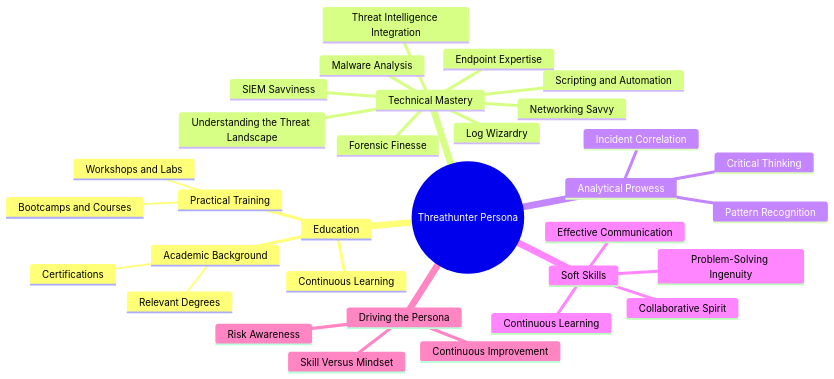
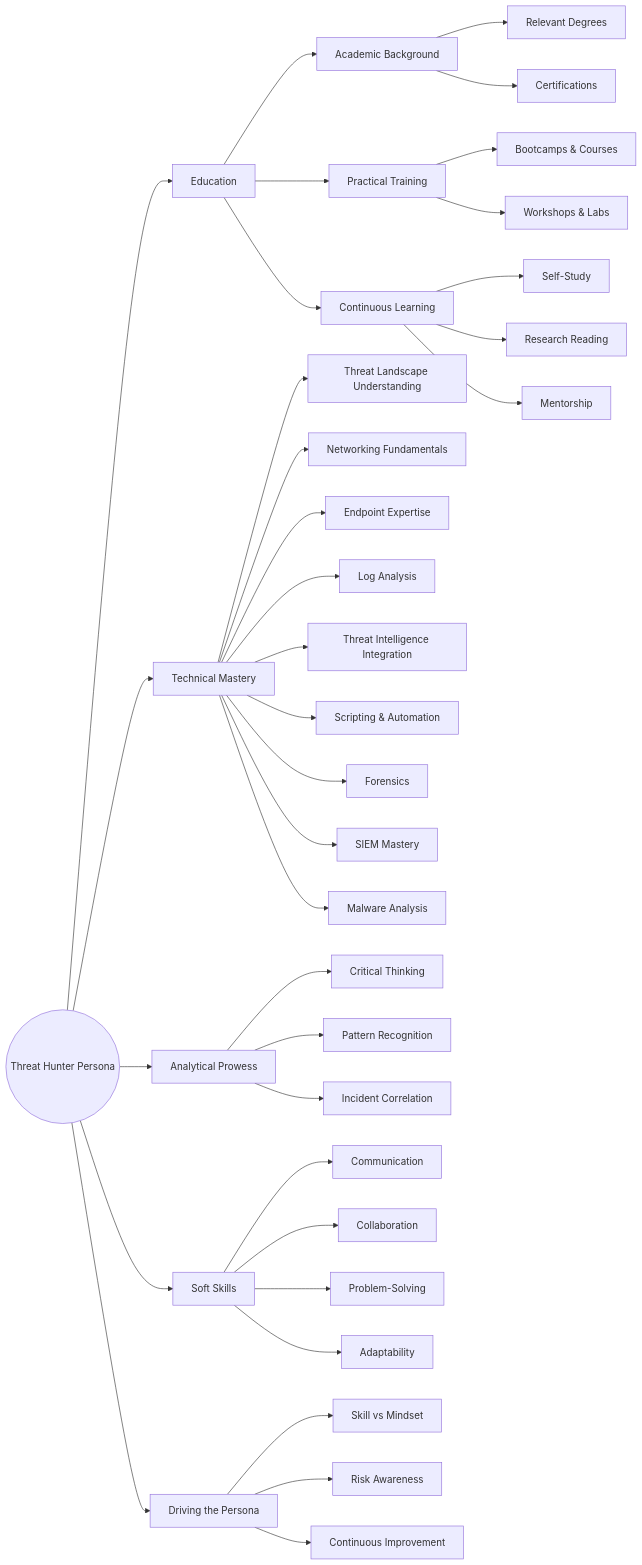
One commit to rjohnsen/threathunting-book changed the first of 4 diagrams in content/part-1/introduction/the-threathunter-persona.md. Above: the diagram before and after it, drawn with Mermaid. The commit also changed other lines of this file and 2 other files, not shown here.

Commit message:
Converting Mermaid mindmaps to other diagrams to improve readability

````diff
--- a/content/part-1/introduction/the-threathunter-persona.md
+++ b/content/part-1/introduction/the-threathunter-persona.md
@@ -29,35 +29,50 @@
 ```mermaid
-mindmap
-  root((Threathunter Persona))
-    Education
-      Academic Background
-        Relevant Degrees
-        Certifications
-      Practical Training
-        Bootcamps and Courses
-        Workshops and Labs
-      Continuous Learning
-    Technical Mastery
-      Understanding the Threat Landscape
-      Networking Savvy
-      Endpoint Expertise
-      Log Wizardry
-      Threat Intelligence Integration
-      Scripting and Automation
-      Forensic Finesse
-      SIEM Savviness
-      Malware Analysis
-    Analytical Prowess
-      Critical Thinking
-      Pattern Recognition
-      Incident Correlation
-    Soft Skills
-      Effective Communication
-      Collaborative Spirit
-      Continuous Learning
-      Problem-Solving Ingenuity
-    Driving the Persona
-      Skill Versus Mindset
-      Risk Awareness
-      Continuous Improvement
+flowchart LR
+  A((Threat Hunter Persona))
+
+  %% Main branches
+  A --> B[Education]
+  A --> C[Technical Mastery]
+  A --> D[Analytical Prowess]
+  A --> E[Soft Skills]
+  A --> F[Driving the Persona]
+
+  %% Education branch
+  B --> B1[Academic Background]
+  B1 --> B1a[Relevant Degrees]
+  B1 --> B1b[Certifications]
+  B --> B2[Practical Training]
+  B2 --> B2a[Bootcamps & Courses]
+  B2 --> B2b[Workshops & Labs]
+  B --> B3[Continuous Learning]
+  B3 --> B3a[Self-Study]
+  B3 --> B3b[Research Reading]
+  B3 --> B3c[Mentorship]
+
+  %% Technical Mastery branch
+  C --> C1[Threat Landscape Understanding]
+  C --> C2[Networking Fundamentals]
+  C --> C3[Endpoint Expertise]
+  C --> C4[Log Analysis]
+  C --> C5[Threat Intelligence Integration]
+  C --> C6[Scripting & Automation]
+  C --> C7[Forensics]
+  C --> C8[SIEM Mastery]
+  C --> C9[Malware Analysis]
+
+  %% Analytical Prowess branch
+  D --> D1[Critical Thinking]
+  D --> D2[Pattern Recognition]
+  D --> D3[Incident Correlation]
+
+  %% Soft Skills branch
+  E --> E1[Communication]
+  E --> E2[Collaboration]
+  E --> E3[Problem-Solving]
+  E --> E4[Adaptability]
+
+  %% Driving the Persona branch
+  F --> F1[Skill vs Mindset]
+  F --> F2[Risk Awareness]
+  F --> F3[Continuous Improvement]
 ```
````
